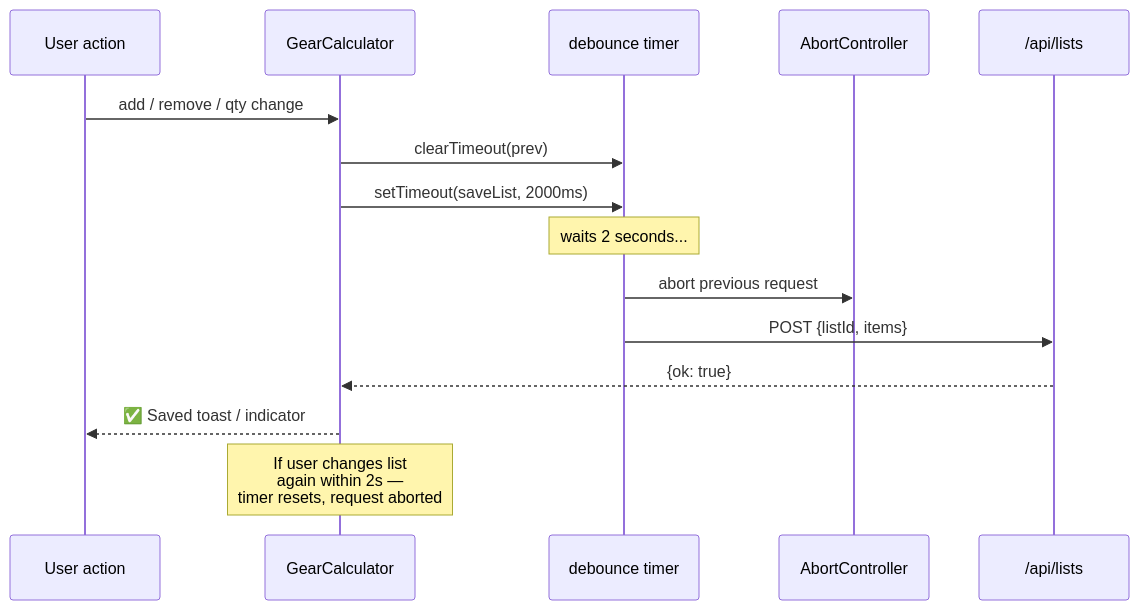
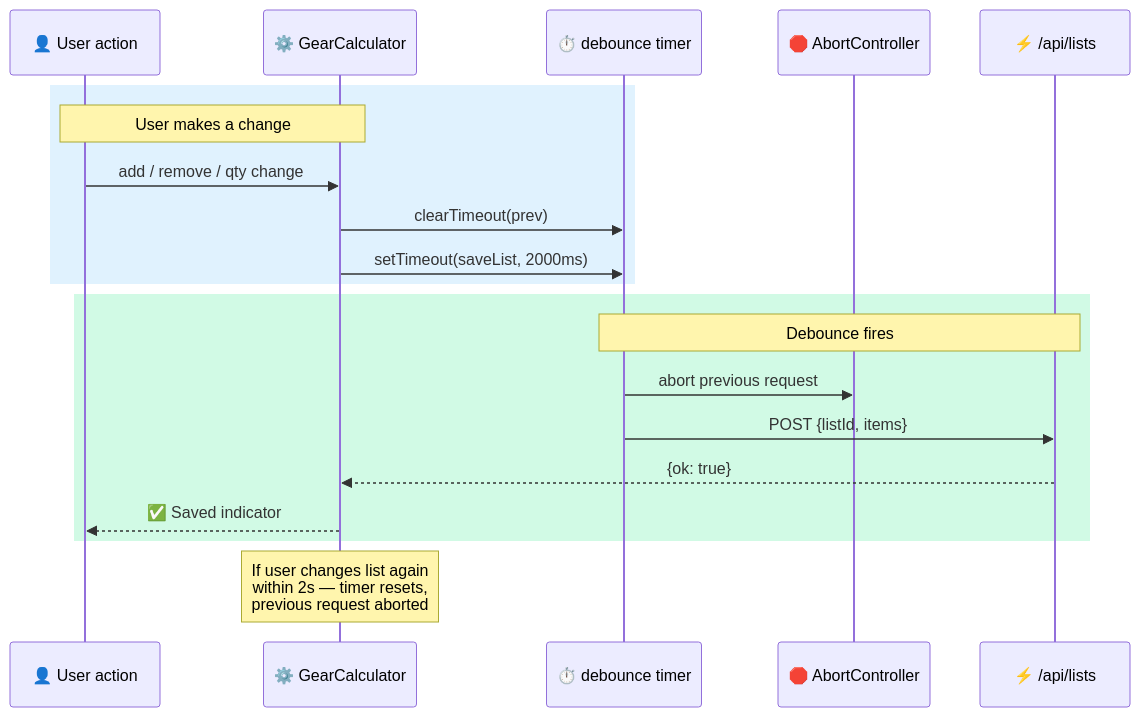
Before and after one commit to alexzhel-io/veloadout: diagram 12 of 14 in docs/architecture.md, drawn with Mermaid. The commit also changed other lines of this file and 1 other file, not shown here.

Commit message:
docs: translate to English, pastel colors on all diagrams

````diff
--- a/docs/architecture.md
+++ b/docs/architecture.md
@@ -427,19 +446,25 @@
 ```mermaid
 sequenceDiagram
-    participant U as User action
-    participant GC as GearCalculator
-    participant T as debounce timer
-    participant AC as AbortController
-    participant API as /api/lists
+    participant U as 👤 User action
+    participant GC as ⚙️ GearCalculator
+    participant T as ⏱️ debounce timer
+    participant AC as 🛑 AbortController
+    participant API as ⚡ /api/lists
 
-    U->>GC: add / remove / qty change
-    GC->>T: clearTimeout(prev)
-    GC->>T: setTimeout(saveList, 2000ms)
-    Note over T: waits 2 seconds...
-    T->>AC: abort previous request
-    T->>API: POST {listId, items}
-    API-->>GC: {ok: true}
-    GC-->>U: ✅ Saved toast / indicator
+    rect rgb(224, 242, 254)
+        Note over U,GC: User makes a change
+        U->>GC: add / remove / qty change
+        GC->>T: clearTimeout(prev)
+        GC->>T: setTimeout(saveList, 2000ms)
+    end
 
-    Note over GC: If user changes list<br>again within 2s —<br>timer resets, request aborted
+    rect rgb(209, 250, 229)
+        Note over T,API: Debounce fires
+        T->>AC: abort previous request
+        T->>API: POST {listId, items}
+        API-->>GC: {ok: true}
+        GC-->>U: ✅ Saved indicator
+    end
+
+    Note over GC: If user changes list again<br>within 2s — timer resets,<br>previous request aborted
 ```
````
